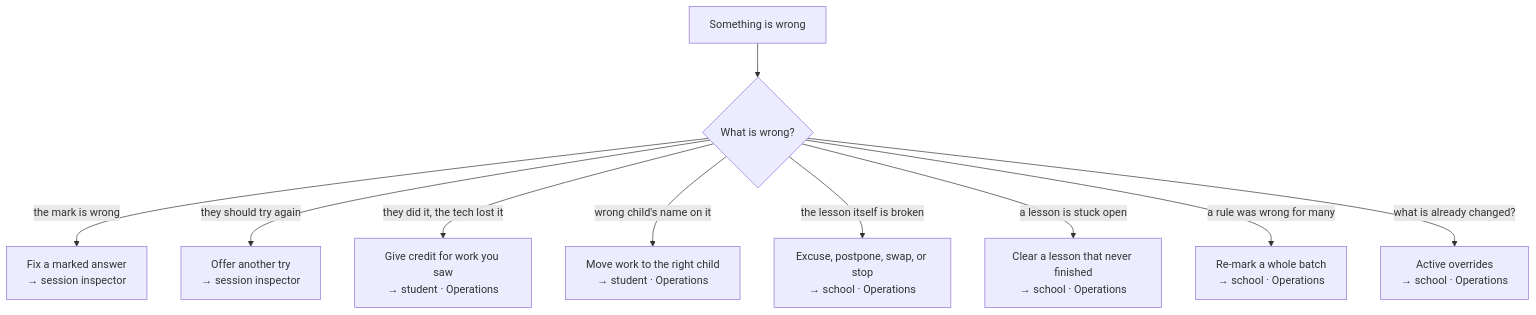
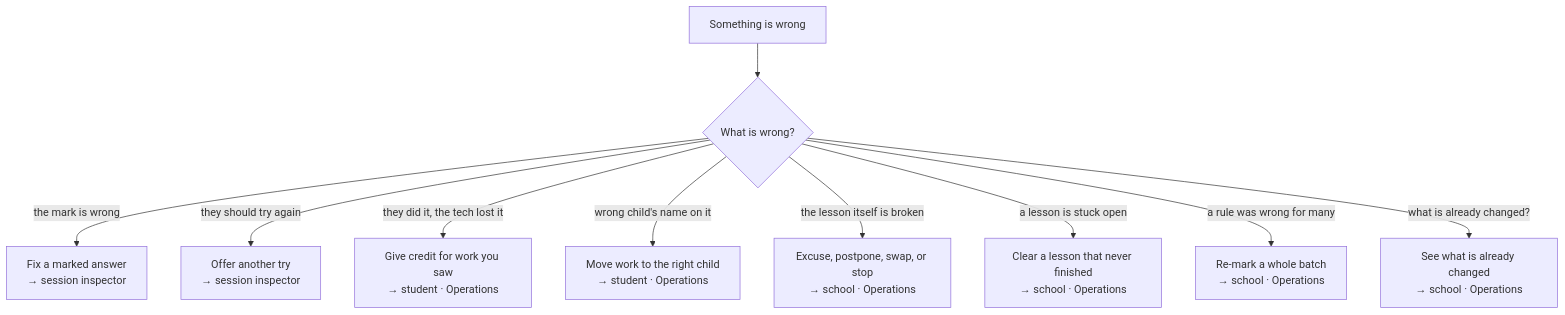
Diagram 16 of 16 in docs/reference/school/teacher.md (kckern/DaylightStation), drawn with Mermaid before and after one commit. The commit also changed other lines of this file and 14 other files, not shown here.

````diff
--- a/docs/reference/school/teacher.md
+++ b/docs/reference/school/teacher.md
@@ -802,13 +832,13 @@
 ```mermaid
 flowchart TD
     W["Something is wrong"] --> Q1{"What is wrong?"}
 
     Q1 -->|"the mark is wrong"| M1["Fix a marked answer<br/>→ session inspector"]
     Q1 -->|"they should try again"| M2["Offer another try<br/>→ session inspector"]
     Q1 -->|"they did it, the tech lost it"| M3["Give credit for work you saw<br/>→ student · Operations"]
     Q1 -->|"wrong child's name on it"| M4["Move work to the right child<br/>→ student · Operations"]
     Q1 -->|"the lesson itself is broken"| M5["Excuse, postpone, swap, or stop<br/>→ school · Operations"]
     Q1 -->|"a lesson is stuck open"| M6["Clear a lesson that never finished<br/>→ school · Operations"]
     Q1 -->|"a rule was wrong for many"| M7["Re-mark a whole batch<br/>→ school · Operations"]
-    Q1 -->|"what is already changed?"| M8["Active overrides<br/>→ school · Operations"]
+    Q1 -->|"what is already changed?"| M8["See what is already changed<br/>→ school · Operations"]
 ```
````
